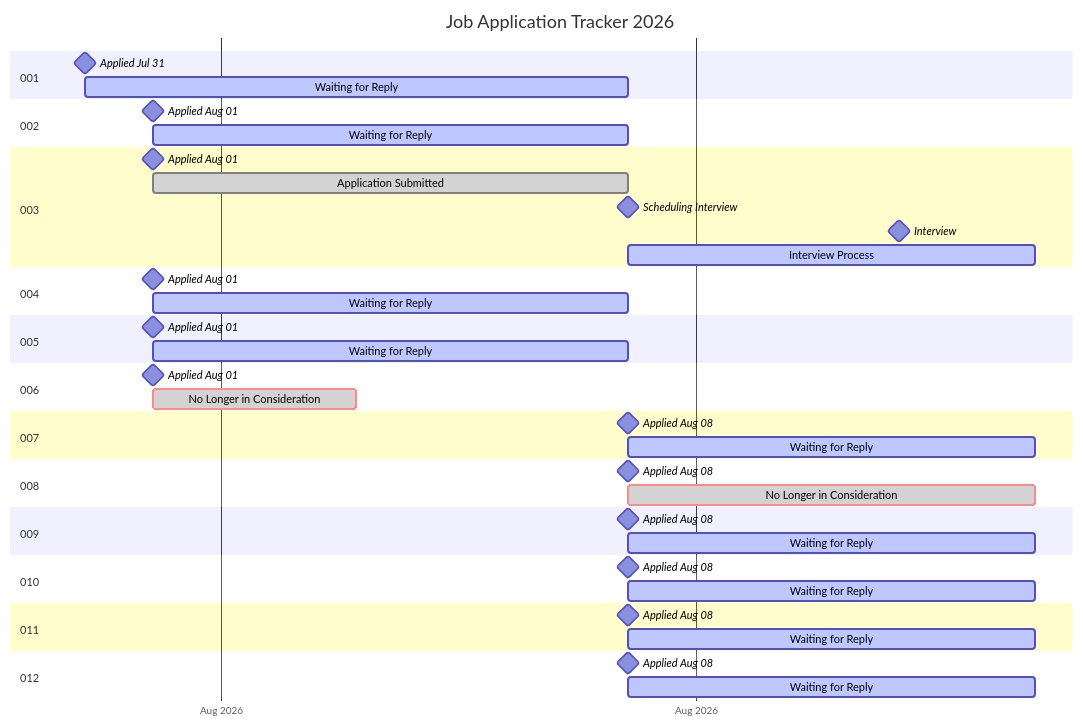
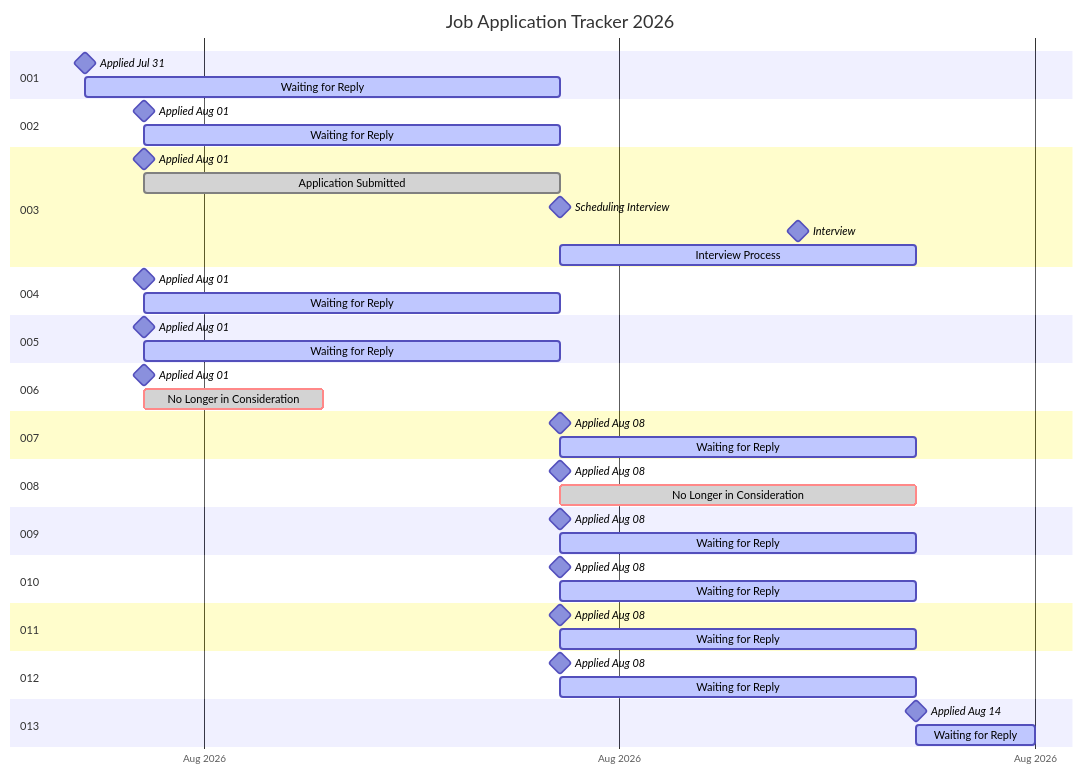
The diagram in README.md (RileyBeenders/rileybeenders.com), drawn with Mermaid before and after one commit. The commit also changed other lines of this file and 5 other files, not shown here.

````diff
--- a/README.md
+++ b/README.md
@@ -12,58 +12,62 @@
 ```mermaid
   gantt
     title Job Application Tracker 2026
     dateFormat YYYY-MM-DD
     tickInterval 1week
     axisFormat %b %Y
 
     section 001
     Applied Jul 31                  :milestone, 2026-07-31, 0d
     Waiting for Reply               :active, 2026-07-31, 8d
 
     section 002
     Applied Aug 01                  :milestone, 2026-08-01, 0d
     Waiting for Reply               :active, 2026-08-01, 7d
 
     section 003
     Applied Aug 01                  :milestone, 2026-08-01, 0d
     Application Submitted           :done, 2026-08-01, 7d
     Scheduling Interview            :milestone, 2026-08-08, 0d
     Interview                       :milestone, 2026-08-12, 0d
     Interview Process               :active, 2026-08-08, 6d
 
     section 004
     Applied Aug 01                  :milestone, 2026-08-01, 0d
     Waiting for Reply               :active, 2026-08-01, 7d
 
     section 005
     Applied Aug 01                  :milestone, 2026-08-01, 0d
     Waiting for Reply               :active, 2026-08-01, 7d
 
     section 006
     Applied Aug 01                  :milestone, 2026-08-01, 0d
     No Longer in Consideration      :crit, done, 2026-08-01, 3d
 
     section 007
     Applied Aug 08                  :milestone, 2026-08-08, 0d
     Waiting for Reply               :active, 2026-08-08, 6d
 
     section 008
     Applied Aug 08                  :milestone, 2026-08-08, 0d
     No Longer in Consideration      :crit, done, 2026-08-08, 6d
 
     section 009
     Applied Aug 08                  :milestone, 2026-08-08, 0d
     Waiting for Reply               :active, 2026-08-08, 6d
 
     section 010
     Applied Aug 08                  :milestone, 2026-08-08, 0d
     Waiting for Reply               :active, 2026-08-08, 6d
 
     section 011
     Applied Aug 08                  :milestone, 2026-08-08, 0d
     Waiting for Reply               :active, 2026-08-08, 6d
 
     section 012
     Applied Aug 08                  :milestone, 2026-08-08, 0d
     Waiting for Reply               :active, 2026-08-08, 6d
+
+    section 013
+    Applied Aug 14                  :milestone, 2026-08-14, 0d
+    Waiting for Reply               :active, 2026-08-14, 2d
 ```
````
